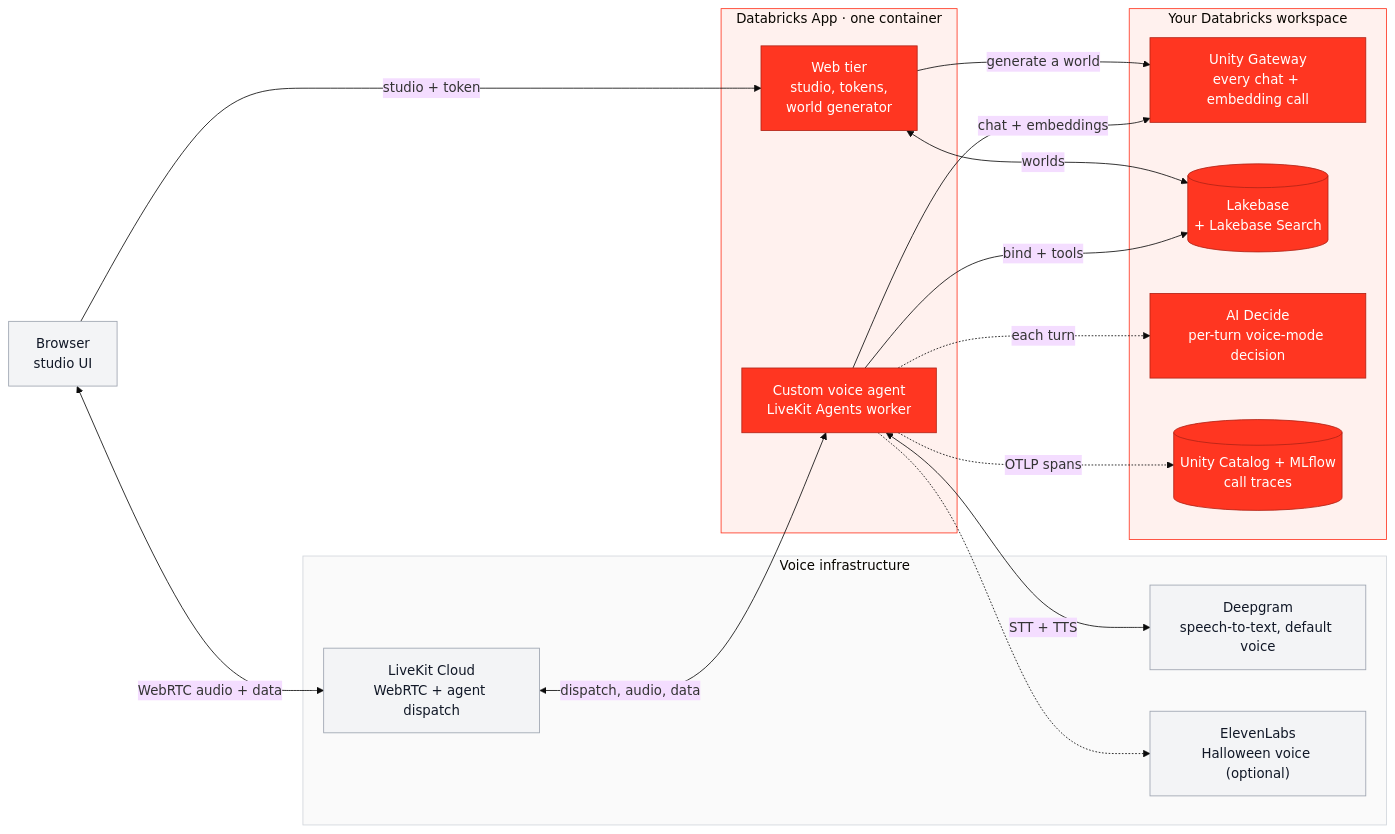
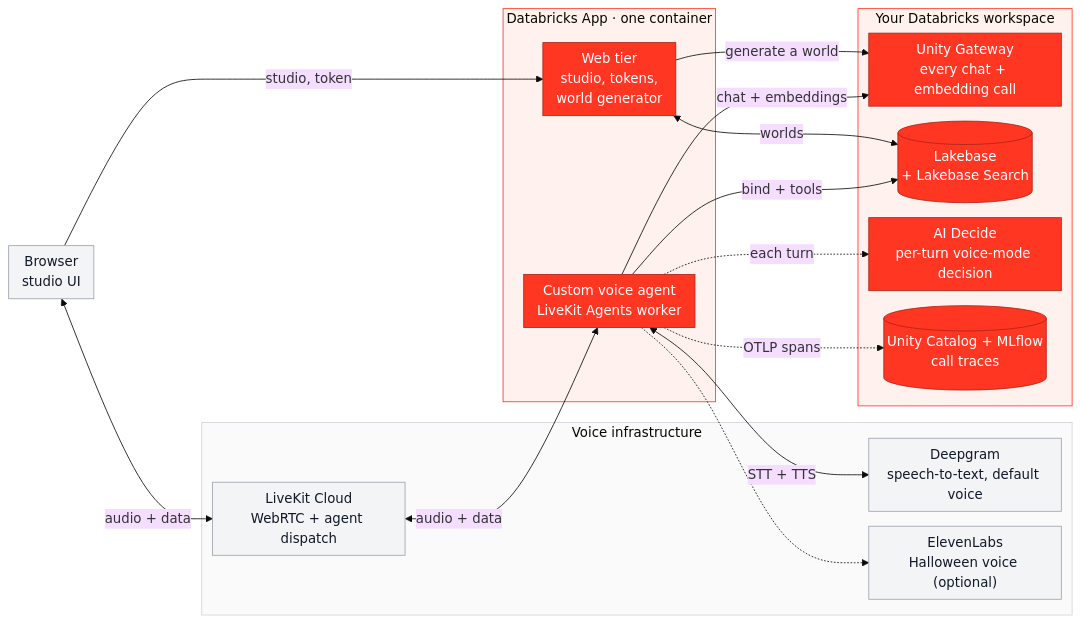
The diagram in README.md (datasciencemonkey/DIVA), drawn with Mermaid (base theme) before and after one commit.

Commit message:
docs(readme): make the architecture diagram easier to read on GitHub
GitHub scales the diagram to the README column, so its text was small. Tighter node and rank
spacing plus shorter edge labels take its natural width from 1555 to 1184 px, which makes the
text about 30% larger on the page. Nothing in the drawing changes: "dispatch" is still on the
LiveKit node, and the edges and colours are the same.

````diff
--- a/README.md
+++ b/README.md
@@ -43,42 +43,43 @@
 ```mermaid
+%%{init: {"flowchart": {"nodeSpacing": 18, "rankSpacing": 26, "padding": 8}}}%%
 flowchart LR
     B["Browser<br/>studio UI"]
 
     subgraph EXT["Voice infrastructure"]
         LK["LiveKit Cloud<br/>WebRTC + agent dispatch"]
         DG["Deepgram<br/>speech-to-text, default voice"]
         EL["ElevenLabs<br/>Halloween voice (optional)"]
     end
 
     subgraph APP["Databricks App · one container"]
         W["Web tier<br/>studio, tokens,<br/>world generator"]
         A["Custom voice agent<br/>LiveKit Agents worker"]
     end
 
     subgraph WS["Your Databricks workspace"]
         UG["Unity Gateway<br/>every chat + embedding call"]
         LB[("Lakebase<br/>+ Lakebase Search")]
         AD["AI Decide<br/>per-turn voice-mode decision"]
         ML[("Unity Catalog + MLflow<br/>call traces")]
     end
 
-    B -->|"studio + token"| W
-    B <-->|"WebRTC audio + data"| LK
-    LK <-->|"dispatch, audio, data"| A
+    B -->|"studio, token"| W
+    B <-->|"audio + data"| LK
+    LK <-->|"audio + data"| A
     A <-->|"STT + TTS"| DG
     A -.-> EL
     A -->|"chat + embeddings"| UG
     A -->|"bind + tools"| LB
     A -.->|"each turn"| AD
     A -.->|"OTLP spans"| ML
     W -->|"generate a world"| UG
     W <-->|"worlds"| LB
 
     classDef dbx fill:#FF3621,stroke:#B22416,color:#ffffff
     classDef ext fill:#F3F4F6,stroke:#9CA3AF,color:#111827
     class W,A,UG,LB,AD,ML dbx
     class B,LK,DG,EL ext
     style APP fill:#FFF1EE,stroke:#FF3621
     style WS fill:#FFF1EE,stroke:#FF3621
     style EXT fill:#FAFAFA,stroke:#D1D5DB
 ```
````
